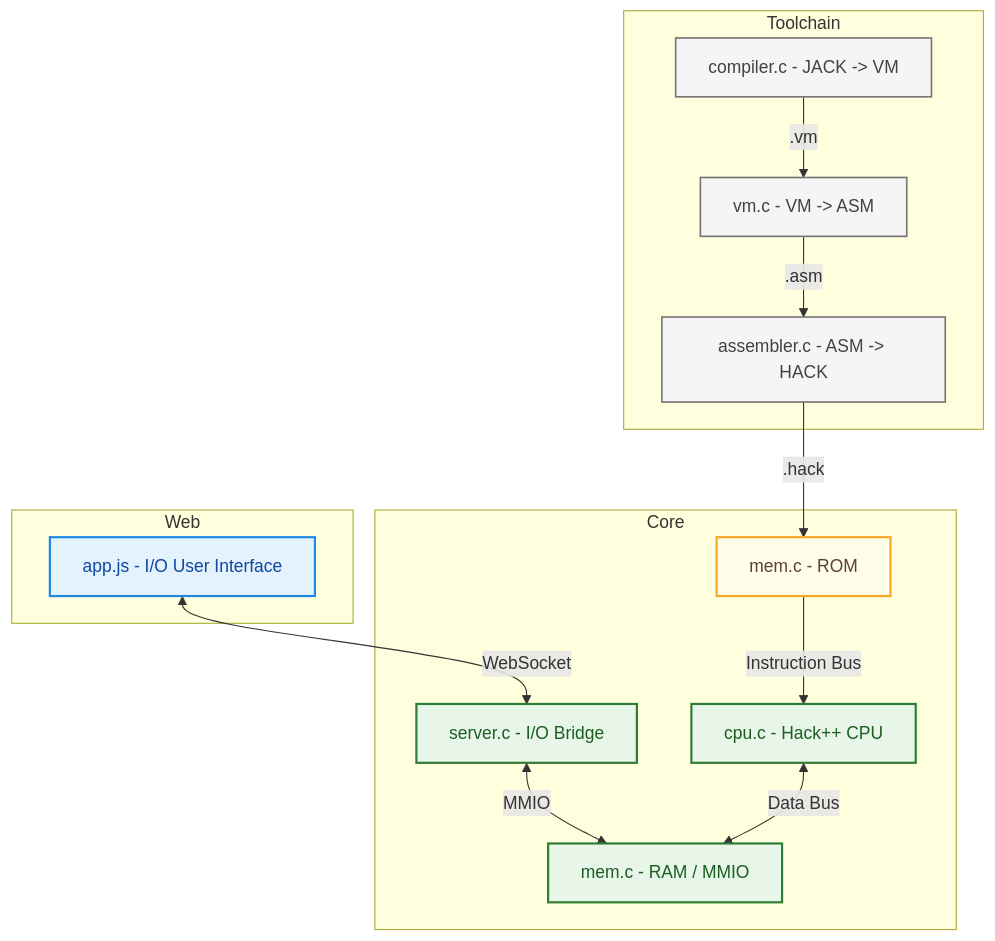
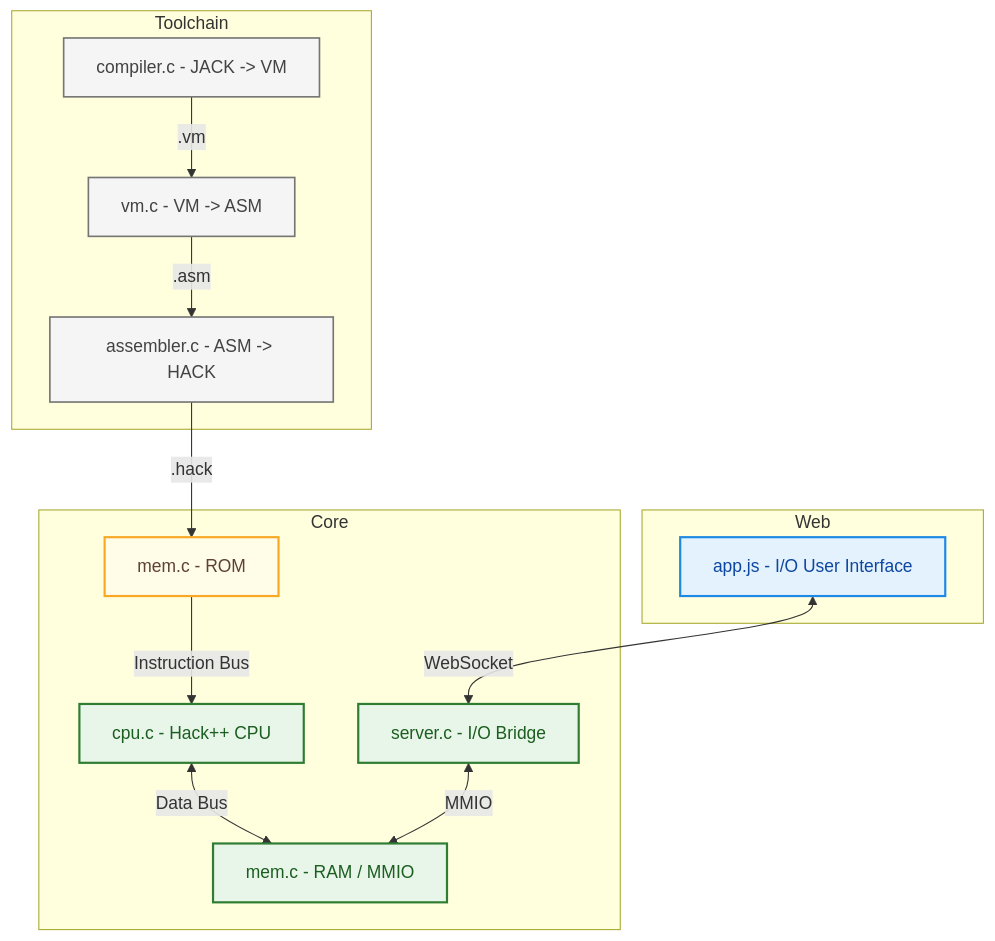
The diagram in README.md (josephhilby/HackPlusPlus), drawn with Mermaid before and after one commit.

Commit message:
update readme diagram

````diff
--- a/README.md
+++ b/README.md
@@ -72,40 +72,42 @@
 ```mermaid
-flowchart TB
+flowchart TD
 %% Hack++ Emulator / Toolchain Architecture
 
-subgraph Host["Core"]
+subgraph Core["Core"]
 SRV["server.c - I/O Bridge"]
 CPU["cpu.c - Hack++ CPU"]
 ROM["mem.c - ROM"]
 MEM["mem.c - RAM / MMIO"]
 end
 
 subgraph Web["Web"]
     UI["app.js - I/O User Interface"]
 end
 
 subgraph Toolchain["Toolchain"]
     JACK["compiler.c - JACK -> VM"]
     VM["vm.c - VM -> ASM"]
     ASM["assembler.c - ASM -> HACK"]
 end
 
 JACK -->|.vm| VM
 VM   -->|.asm| ASM
+
 ASM  -->|.hack| ROM
 
+ROM  -->|Instruction Bus| CPU
+CPU <-->|Data Bus| MEM
+SRV <-->|MMIO| MEM
+
 UI  <-->|WebSocket| SRV
-SRV <-->|MMIO| MEM
-CPU <-->|Data Bus| MEM
-ROM  -->|Instruction Bus| CPU
 
 classDef ui fill:#E3F2FD,stroke:#1E88E5,stroke-width:2px,color:#0D47A1;
 classDef core fill:#E8F5E9,stroke:#2E7D32,stroke-width:2px,color:#1B5E20;
 classDef tool fill:#F5F5F5,stroke:#757575,stroke-width:1.5px,color:#424242;
 classDef rom fill:#FFFDE7,stroke:#F9A825,stroke-width:2px,color:#5D4037;
 
 class UI ui;
 class SRV,CPU,MEM core;
 class JACK,VM,ASM tool;
 class ROM rom;
 ```
````
